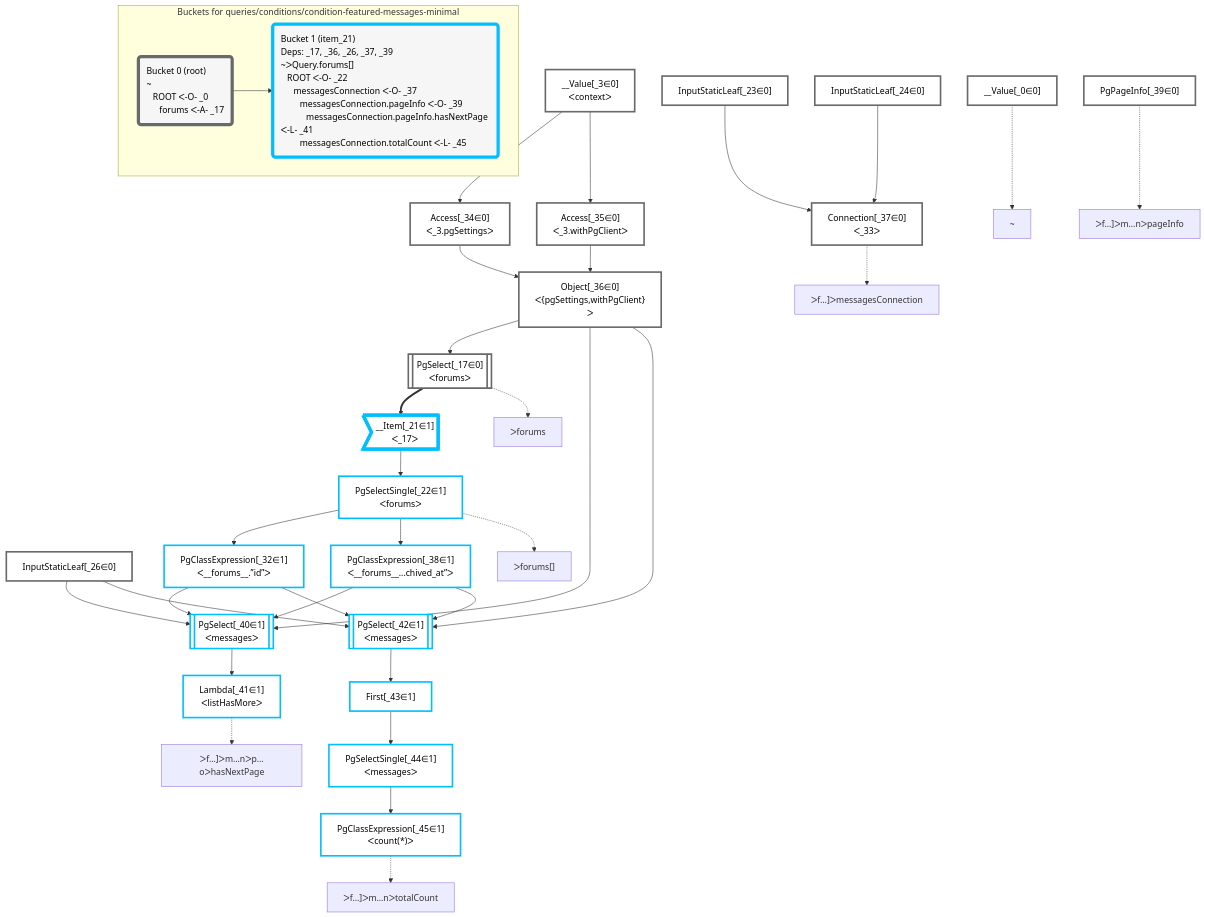
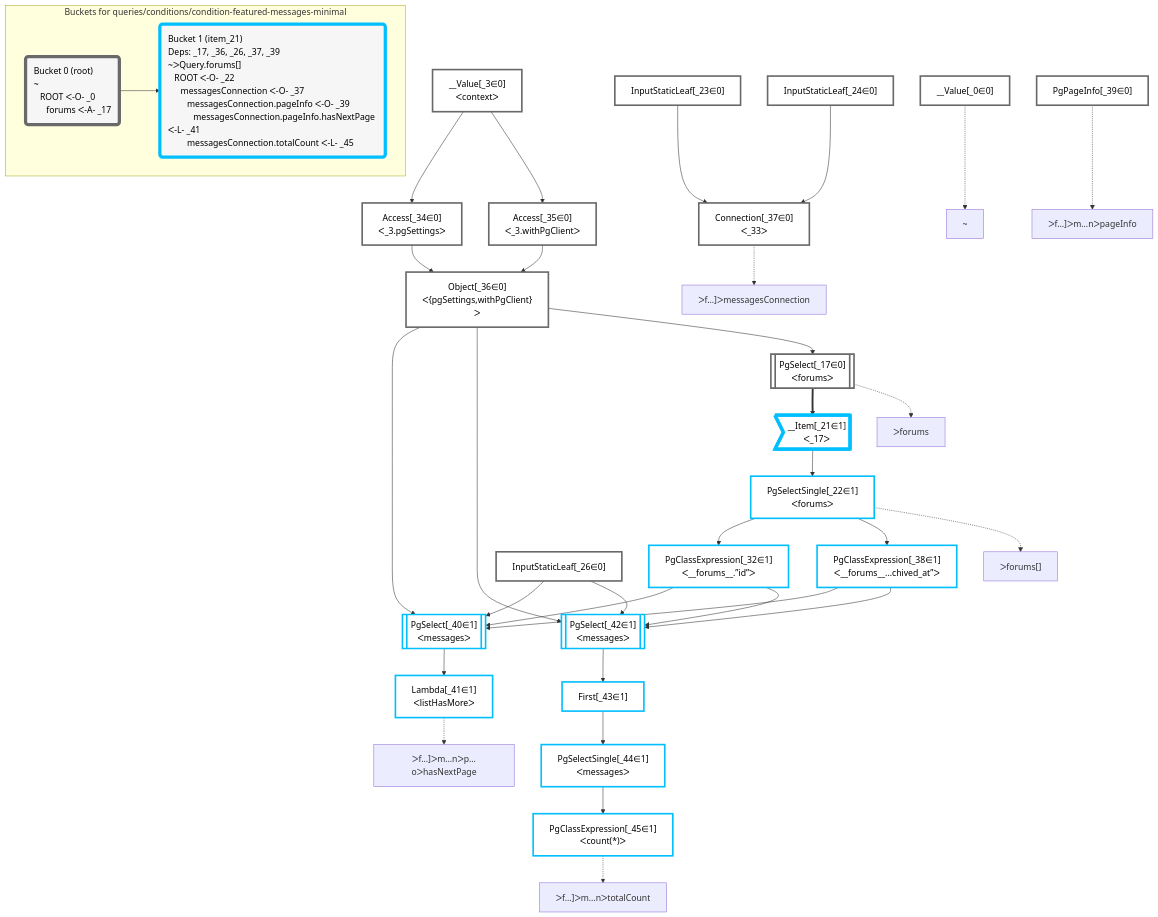
One commit to graphile/crystal changed the diagram in packages/dataplan-pg/__tests__/queries/conditions/condition-featured-messages-minimal.deopt.mermaid.md. Above: the diagram before and after it, drawn with Mermaid. The commit also changed other lines of this file and 195 other files, not shown here.

````diff
--- a/packages/dataplan-pg/__tests__/queries/conditions/condition-featured-messages-minimal.deopt.mermaid.md
+++ b/packages/dataplan-pg/__tests__/queries/conditions/condition-featured-messages-minimal.deopt.mermaid.md
@@ -1,75 +1,75 @@
 ```mermaid
 graph TD
     classDef path fill:#eee,stroke:#000,color:#000
     classDef plan fill:#fff,stroke-width:3px,color:#000
     classDef itemplan fill:#fff,stroke-width:6px,color:#000
     classDef sideeffectplan fill:#f00,stroke-width:6px,color:#000
     classDef bucket fill:#f6f6f6,color:#000,stroke-width:6px,text-align:left
 
 
     %% define plans
     __Value_0["__Value[_0∈0]"]:::plan
+    Lambda_41["Lambda[_41∈1]<br />ᐸlistHasMoreᐳ"]:::plan
+    PgSelect_40[["PgSelect[_40∈1]<br />ᐸmessagesᐳ"]]:::plan
+    PgClassExpression_45["PgClassExpression[_45∈1]<br />ᐸcount(*)ᐳ"]:::plan
+    PgSelectSingle_44["PgSelectSingle[_44∈1]<br />ᐸmessagesᐳ"]:::plan
+    First_43["First[_43∈1]"]:::plan
+    PgSelect_42[["PgSelect[_42∈1]<br />ᐸmessagesᐳ"]]:::plan
+    PgClassExpression_32["PgClassExpression[_32∈1]<br />ᐸ__forums__.”id”ᐳ"]:::plan
+    PgClassExpression_38["PgClassExpression[_38∈1]<br />ᐸ__forums__...chived_at”ᐳ"]:::plan
+    PgSelectSingle_22["PgSelectSingle[_22∈1]<br />ᐸforumsᐳ"]:::plan
+    __Item_21>"__Item[_21∈1]<br />ᐸ_17ᐳ"]:::itemplan
+    PgSelect_17[["PgSelect[_17∈0]<br />ᐸforumsᐳ"]]:::plan
+    Object_36["Object[_36∈0]<br />ᐸ{pgSettings,withPgClient}ᐳ"]:::plan
+    Access_34["Access[_34∈0]<br />ᐸ_3.pgSettingsᐳ"]:::plan
+    Access_35["Access[_35∈0]<br />ᐸ_3.withPgClientᐳ"]:::plan
     __Value_3["__Value[_3∈0]<br />ᐸcontextᐳ"]:::plan
-    PgSelect_17[["PgSelect[_17∈0]<br />ᐸforumsᐳ"]]:::plan
-    __Item_21>"__Item[_21∈1]<br />ᐸ_17ᐳ"]:::itemplan
-    PgSelectSingle_22["PgSelectSingle[_22∈1]<br />ᐸforumsᐳ"]:::plan
+    Connection_37["Connection[_37∈0]<br />ᐸ_33ᐳ"]:::plan
     InputStaticLeaf_23["InputStaticLeaf[_23∈0]"]:::plan
     InputStaticLeaf_24["InputStaticLeaf[_24∈0]"]:::plan
     InputStaticLeaf_26["InputStaticLeaf[_26∈0]"]:::plan
-    PgClassExpression_32["PgClassExpression[_32∈1]<br />ᐸ__forums__.”id”ᐳ"]:::plan
-    Access_34["Access[_34∈0]<br />ᐸ_3.pgSettingsᐳ"]:::plan
-    Access_35["Access[_35∈0]<br />ᐸ_3.withPgClientᐳ"]:::plan
-    Object_36["Object[_36∈0]<br />ᐸ{pgSettings,withPgClient}ᐳ"]:::plan
-    Connection_37["Connection[_37∈0]<br />ᐸ_33ᐳ"]:::plan
-    PgClassExpression_38["PgClassExpression[_38∈1]<br />ᐸ__forums__...chived_at”ᐳ"]:::plan
     PgPageInfo_39["PgPageInfo[_39∈0]"]:::plan
-    PgSelect_40[["PgSelect[_40∈1]<br />ᐸmessagesᐳ"]]:::plan
-    Lambda_41["Lambda[_41∈1]<br />ᐸlistHasMoreᐳ"]:::plan
-    PgSelect_42[["PgSelect[_42∈1]<br />ᐸmessagesᐳ"]]:::plan
-    First_43["First[_43∈1]"]:::plan
-    PgSelectSingle_44["PgSelectSingle[_44∈1]<br />ᐸmessagesᐳ"]:::plan
-    PgClassExpression_45["PgClassExpression[_45∈1]<br />ᐸcount(*)ᐳ"]:::plan
 
     %% plan dependencies
+    PgSelect_40 --> Lambda_41
+    Object_36 & PgClassExpression_32 & InputStaticLeaf_26 & PgClassExpression_38 --> PgSelect_40
+    PgSelectSingle_44 --> PgClassExpression_45
+    First_43 --> PgSelectSingle_44
+    PgSelect_42 --> First_43
+    Object_36 & PgClassExpression_32 & InputStaticLeaf_26 & PgClassExpression_38 --> PgSelect_42
+    PgSelectSingle_22 --> PgClassExpression_32
+    PgSelectSingle_22 --> PgClassExpression_38
+    __Item_21 --> PgSelectSingle_22
+    PgSelect_17 ==> __Item_21
     Object_36 --> PgSelect_17
-    PgSelect_17 ==> __Item_21
-    __Item_21 --> PgSelectSingle_22
-    PgSelectSingle_22 --> PgClassExpression_32
+    Access_34 & Access_35 --> Object_36
     __Value_3 --> Access_34
     __Value_3 --> Access_35
-    Access_34 & Access_35 --> Object_36
     InputStaticLeaf_23 & InputStaticLeaf_24 --> Connection_37
-    PgSelectSingle_22 --> PgClassExpression_38
-    Object_36 & PgClassExpression_32 & InputStaticLeaf_26 & PgClassExpression_38 --> PgSelect_40
-    PgSelect_40 --> Lambda_41
-    Object_36 & PgClassExpression_32 & InputStaticLeaf_26 & PgClassExpression_38 --> PgSelect_42
-    PgSelect_42 --> First_43
-    First_43 --> PgSelectSingle_44
-    PgSelectSingle_44 --> PgClassExpression_45
 
     %% plan-to-path relationships
     P_0["~"]
     __Value_0 -.-> P_0
     P_17["ᐳforums"]
     PgSelect_17 -.-> P_17
     P_22["ᐳforums[]"]
     PgSelectSingle_22 -.-> P_22
     P_37["ᐳf…]ᐳmessagesConnection"]
     Connection_37 -.-> P_37
     P_39["ᐳf…]ᐳm…nᐳpageInfo"]
     PgPageInfo_39 -.-> P_39
     P_41["ᐳf…]ᐳm…nᐳp…oᐳhasNextPage"]
     Lambda_41 -.-> P_41
     P_45["ᐳf…]ᐳm…nᐳtotalCount"]
     PgClassExpression_45 -.-> P_45
 
     subgraph "Buckets for queries/conditions/condition-featured-messages-minimal"
     Bucket0("Bucket 0 (root)<br />~<br />⠀ROOT ᐸ-O- _0<br />⠀⠀forums ᐸ-A- _17"):::bucket
     classDef bucket0 stroke:#696969
     class Bucket0,__Value_0,__Value_3,PgSelect_17,InputStaticLeaf_23,InputStaticLeaf_24,InputStaticLeaf_26,Access_34,Access_35,Object_36,Connection_37,PgPageInfo_39 bucket0
     Bucket1("Bucket 1 (item_21)<br />Deps: _17, _36, _26, _37, _39<br />~ᐳQuery.forums[]<br />⠀ROOT ᐸ-O- _22<br />⠀⠀messagesConnection ᐸ-O- _37<br />⠀⠀⠀messagesConnection.pageInfo ᐸ-O- _39<br />⠀⠀⠀⠀messagesConnection.pageInfo.hasNextPage ᐸ-L- _41<br />⠀⠀⠀messagesConnection.totalCount ᐸ-L- _45"):::bucket
     classDef bucket1 stroke:#00bfff
     class Bucket1,__Item_21,PgSelectSingle_22,PgClassExpression_32,PgClassExpression_38,PgSelect_40,Lambda_41,PgSelect_42,First_43,PgSelectSingle_44,PgClassExpression_45 bucket1
     Bucket0 --> Bucket1
     end
 ```
````
